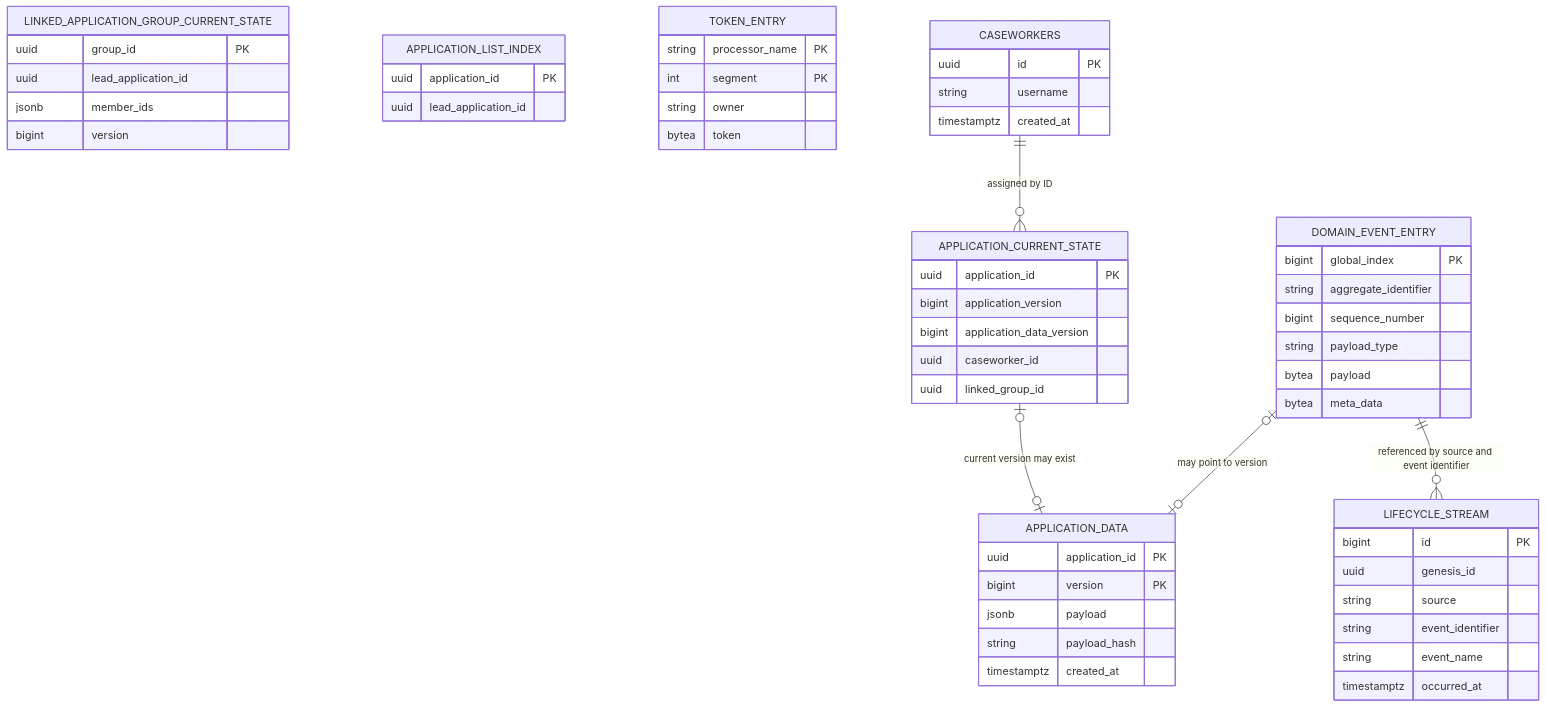
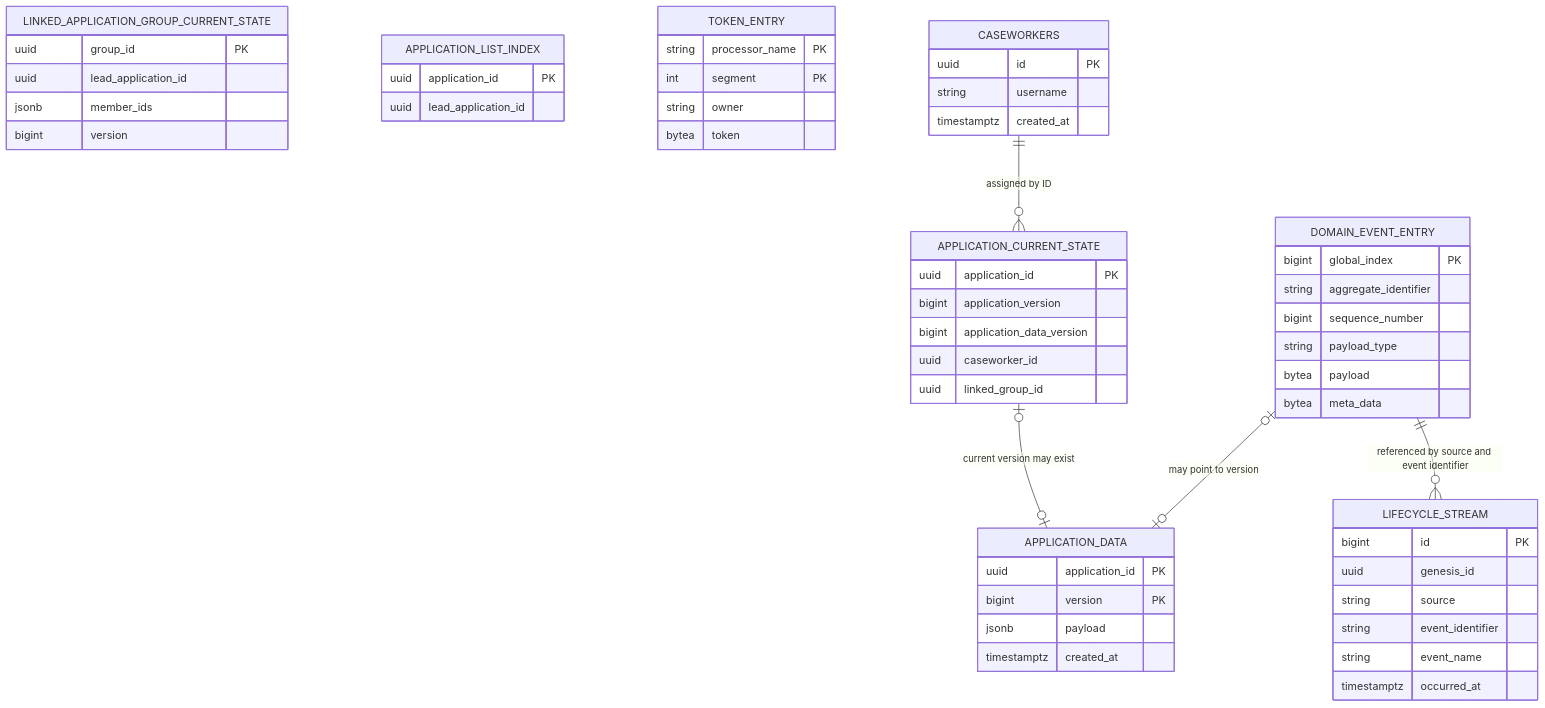
Before and after one commit to ministryofjustice/laa-data-access-api: the diagram in data-access-service-axon/docs/storage-model.md, drawn with Mermaid. The commit also changed other lines of this file and 13 other files, not shown here.

````diff
--- a/data-access-service-axon/docs/storage-model.md
+++ b/data-access-service-axon/docs/storage-model.md
@@ -6,59 +6,58 @@
 ```mermaid
 erDiagram
     DOMAIN_EVENT_ENTRY {
         bigint global_index PK
         string aggregate_identifier
         bigint sequence_number
         string payload_type
         bytea payload
         bytea meta_data
     }
     APPLICATION_DATA {
         uuid application_id PK
         bigint version PK
         jsonb payload
-        string payload_hash
         timestamptz created_at
     }
     APPLICATION_CURRENT_STATE {
         uuid application_id PK
         bigint application_version
         bigint application_data_version
         uuid caseworker_id
         uuid linked_group_id
     }
     LIFECYCLE_STREAM {
         bigint id PK
         uuid genesis_id
         string source
         string event_identifier
         string event_name
         timestamptz occurred_at
     }
     LINKED_APPLICATION_GROUP_CURRENT_STATE {
         uuid group_id PK
         uuid lead_application_id
         jsonb member_ids
         bigint version
     }
     APPLICATION_LIST_INDEX {
         uuid application_id PK
         uuid lead_application_id
     }
     TOKEN_ENTRY {
         string processor_name PK
         int segment PK
         string owner
         bytea token
     }
     CASEWORKERS {
         uuid id PK
         string username
         timestamptz created_at
     }
 
     DOMAIN_EVENT_ENTRY o|--o| APPLICATION_DATA : "may point to version"
     APPLICATION_CURRENT_STATE o|--o| APPLICATION_DATA : "current version may exist"
     DOMAIN_EVENT_ENTRY ||--o{ LIFECYCLE_STREAM : "referenced by source and event identifier"
     CASEWORKERS ||--o{ APPLICATION_CURRENT_STATE : "assigned by ID"
 ```
````
